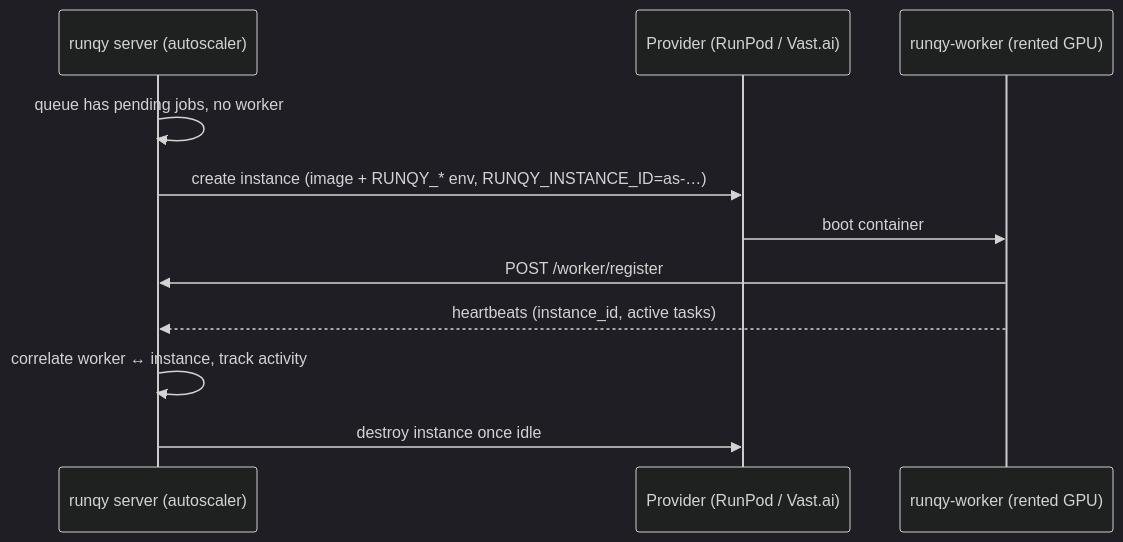
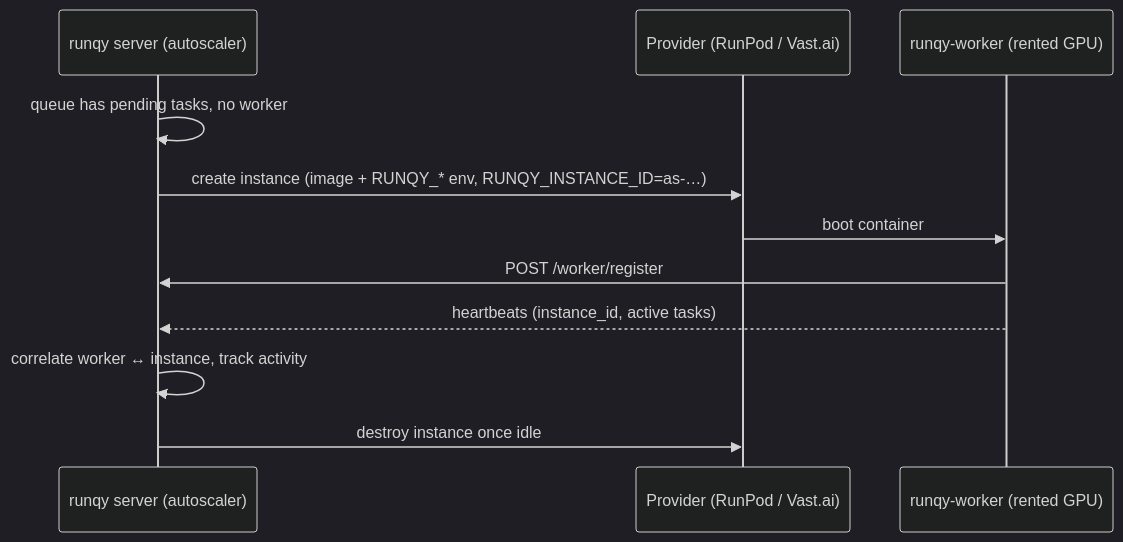
One commit to Publikey/docs.runqy.com changed the diagram in docs/guides/autoscaling.md. Above: the diagram before and after it, drawn with Mermaid (dark theme). The commit also changed other lines of this file and 60 other files, not shown here.

````diff
--- a/docs/guides/autoscaling.md
+++ b/docs/guides/autoscaling.md
@@ -16,13 +16,13 @@
 ```mermaid
 sequenceDiagram
     participant S as runqy server (autoscaler)
     participant P as Provider (RunPod / Vast.ai)
     participant W as runqy-worker (rented GPU)
-    S->>S: queue has pending jobs, no worker
+    S->>S: queue has pending tasks, no worker
     S->>P: create instance (image + RUNQY_* env, RUNQY_INSTANCE_ID=as-…)
     P->>W: boot container
     W->>S: POST /worker/register
     W-->>S: heartbeats (instance_id, active tasks)
     S->>S: correlate worker ↔ instance, track activity
     S->>P: destroy instance once idle
 ```
````
